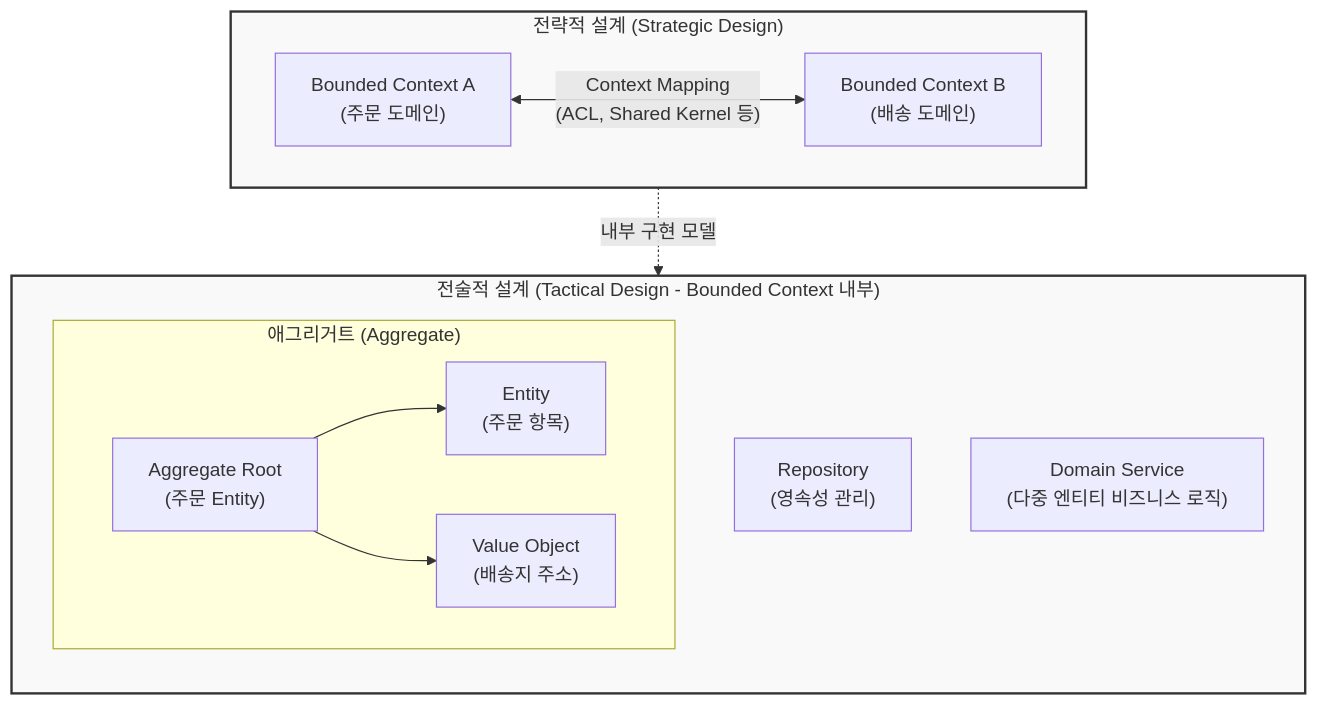
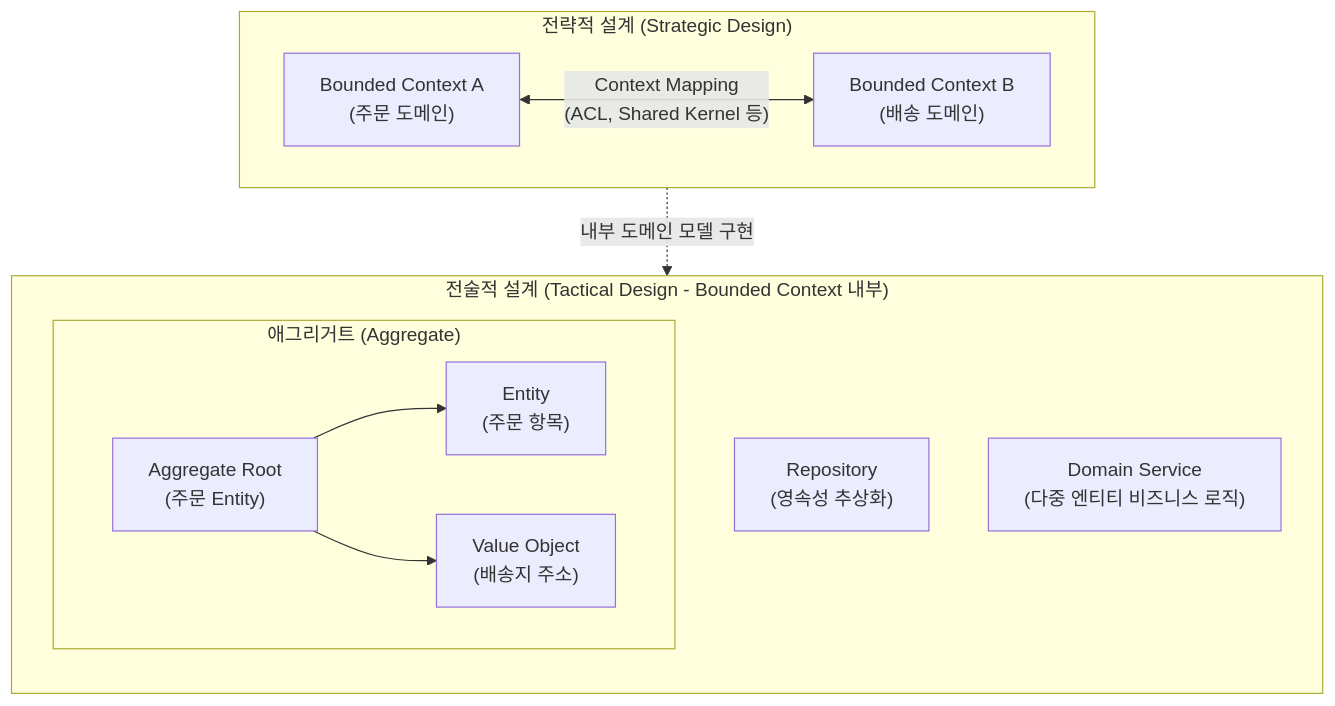
One commit to supremethumb/supremethumb.github.io changed the diagram in content/01_IT Tech/DDD (Domain Driven Design).md. Above: the diagram before and after it, drawn with Mermaid. The commit also changed other lines of this file and 362 other files, not shown here.

````diff
--- a/content/01_IT Tech/DDD (Domain Driven Design).md
+++ b/content/01_IT Tech/DDD (Domain Driven Design).md
@@ -28,27 +31,23 @@
 ```mermaid
 flowchart TD
     subgraph Strategic_Design ["전략적 설계 (Strategic Design)"]
         direction LR
         BC1["Bounded Context A<br/>(주문 도메인)"]
         BC2["Bounded Context B<br/>(배송 도메인)"]
         BC1 <-->|"Context Mapping<br/>(ACL, Shared Kernel 등)"| BC2
     end
 
     subgraph Tactical_Design ["전술적 설계 (Tactical Design - Bounded Context 내부)"]
         direction TB
         subgraph Aggregate ["애그리거트 (Aggregate)"]
             Root["Aggregate Root<br/>(주문 Entity)"]
             Ent["Entity<br/>(주문 항목)"]
             VO["Value Object<br/>(배송지 주소)"]
             Root --> Ent & VO
         end
-        Repo["Repository<br/>(영속성 관리)"]
+        Repo["Repository<br/>(영속성 추상화)"]
         Service["Domain Service<br/>(다중 엔티티 비즈니스 로직)"]
     end
 
-    BC1 -. "내부 구현 모델" .-> Tactical_Design
-    
-    classDef major fill:#f9f9f9,stroke:#333,stroke-width:2px;
-    class Strategic_Design,Tactical_Design major;
-
+    BC1 -. "내부 도메인 모델 구현" .-> Tactical_Design
 ```
````
